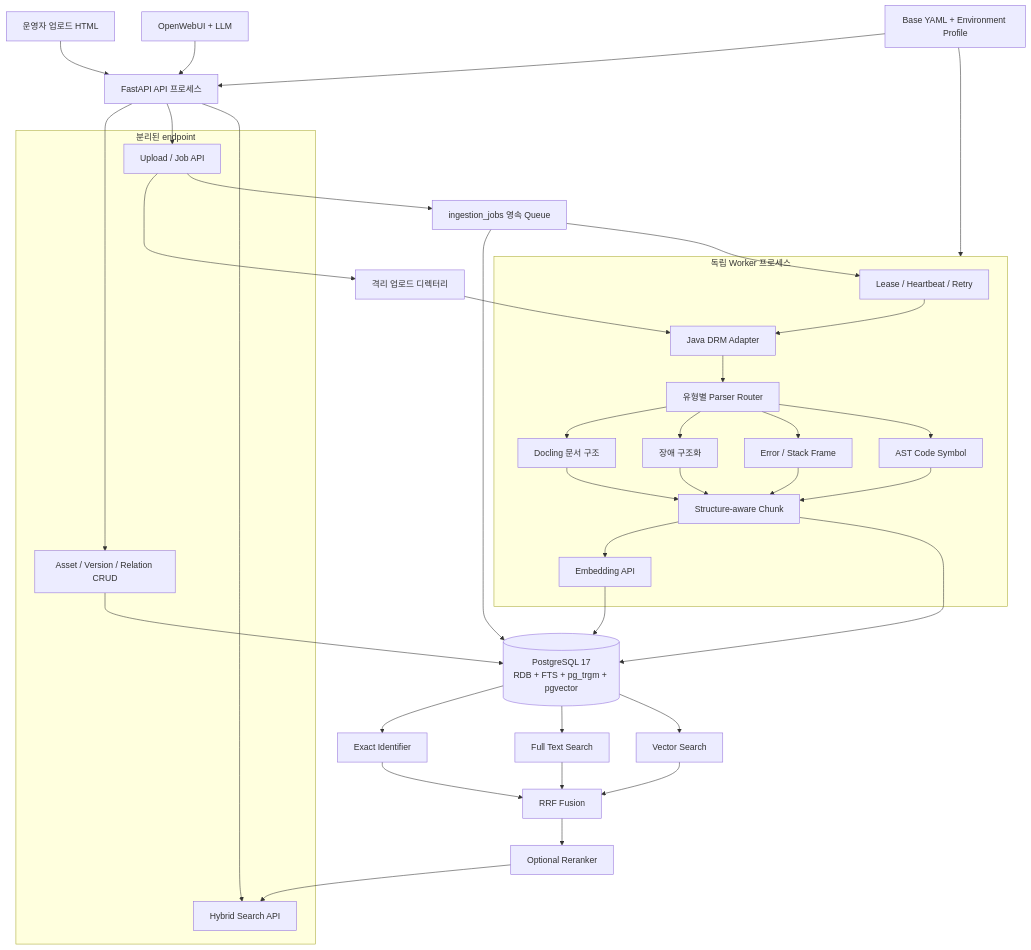
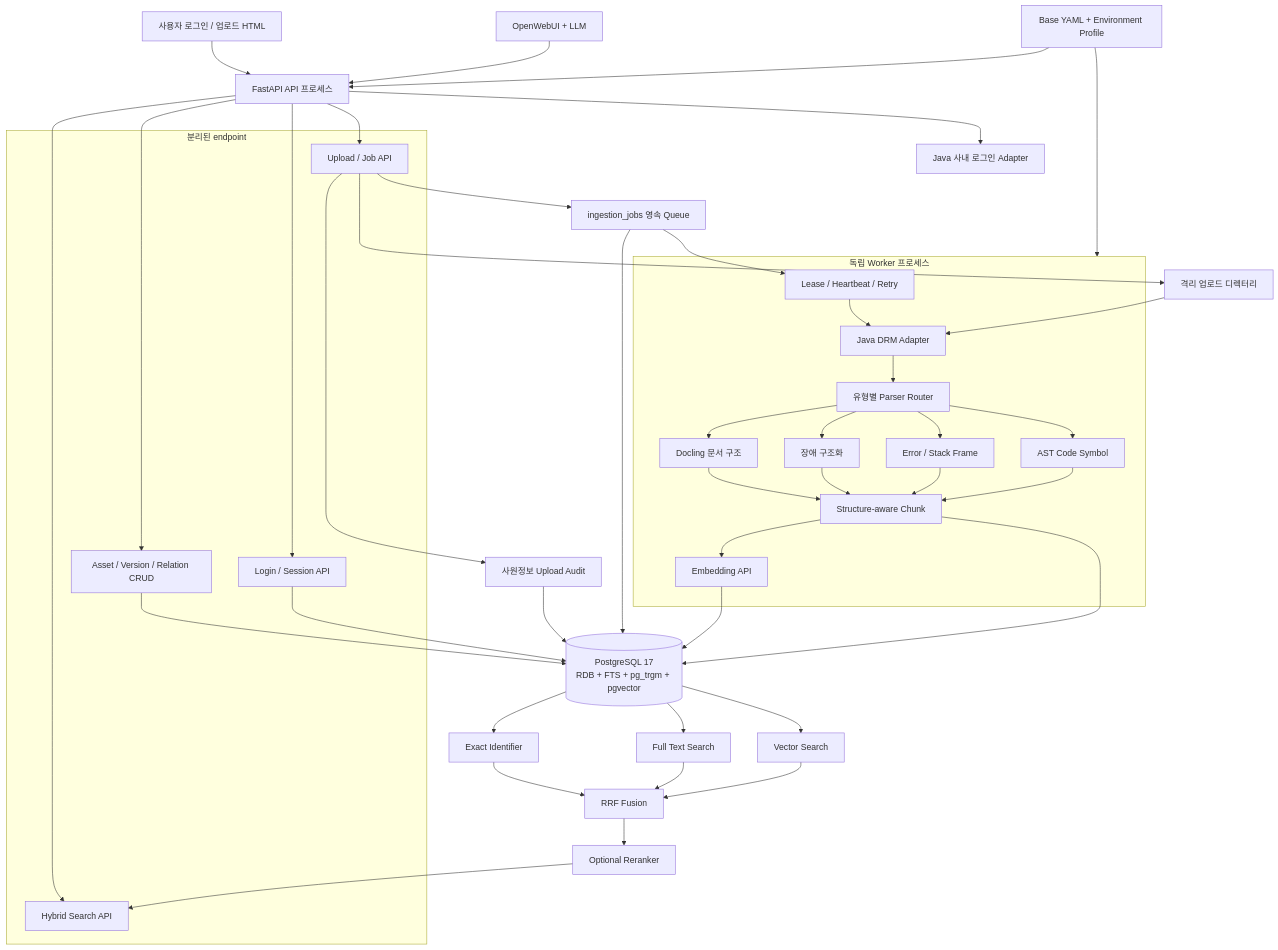
One commit to sngjng/ecm-rag changed the diagram in ARCHITECTURE_EDITABLE.mmd. Above: the diagram before and after it, drawn with Mermaid. The commit also changed 35 other files, not shown here.

```diff
--- a/ARCHITECTURE_EDITABLE.mmd
+++ b/ARCHITECTURE_EDITABLE.mmd
@@ -1,48 +1,54 @@
 flowchart TB
-    U["운영자 업로드 HTML"] --> API["FastAPI API 프로세스"]
+    U["사용자 로그인 / 업로드 HTML"] --> API["FastAPI API 프로세스"]
     OW["OpenWebUI + LLM"] --> API
+    API --> AUTH["Java 사내 로그인 Adapter"]
 
     subgraph ENDPOINTS["분리된 endpoint"]
         CRUD["Asset / Version / Relation CRUD"]
         INGEST["Upload / Job API"]
         SEARCH["Hybrid Search API"]
+        SESSION["Login / Session API"]
     end
     API --> CRUD
     API --> INGEST
     API --> SEARCH
+    API --> SESSION
 
     CRUD --> PG[("PostgreSQL 17\nRDB + FTS + pg_trgm + pgvector")]
+    SESSION --> PG
+    INGEST --> AUDIT["사원정보 Upload Audit"]
+    AUDIT --> PG
     INGEST --> FILES["격리 업로드 디렉터리"]
     INGEST --> QUEUE["ingestion_jobs 영속 Queue"]
     QUEUE --> PG
 
     subgraph WORKER["독립 Worker 프로세스"]
         CLAIM["Lease / Heartbeat / Retry"] --> DRM["Java DRM Adapter"]
         DRM --> ROUTER["유형별 Parser Router"]
         ROUTER --> DOC["Docling 문서 구조"]
         ROUTER --> INCIDENT["장애 구조화"]
         ROUTER --> TRACE["Error / Stack Frame"]
         ROUTER --> CODE["AST Code Symbol"]
         DOC --> CHUNK["Structure-aware Chunk"]
         INCIDENT --> CHUNK
         TRACE --> CHUNK
         CODE --> CHUNK
         CHUNK --> EMBED["Embedding API"]
     end
 
     FILES --> DRM
     QUEUE --> CLAIM
     EMBED --> PG
     CHUNK --> PG
 
     PG --> EXACT["Exact Identifier"]
     PG --> FTS["Full Text Search"]
     PG --> VECTOR["Vector Search"]
     EXACT --> RRF["RRF Fusion"]
     FTS --> RRF
     VECTOR --> RRF
     RRF --> RERANK["Optional Reranker"]
     RERANK --> SEARCH
 
     YAML["Base YAML + Environment Profile"] --> API
     YAML --> WORKER
```
